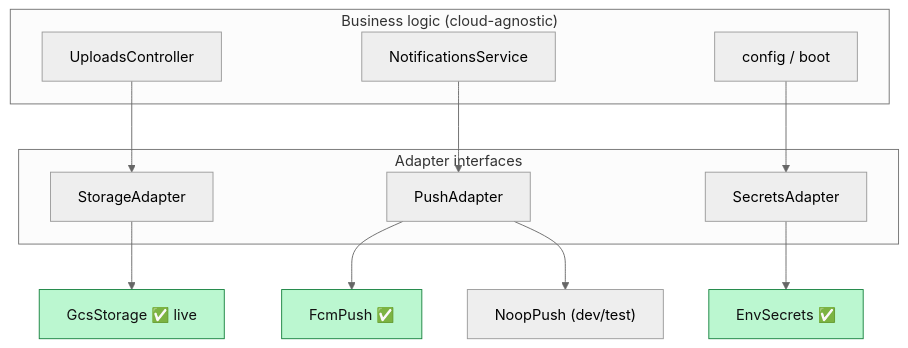
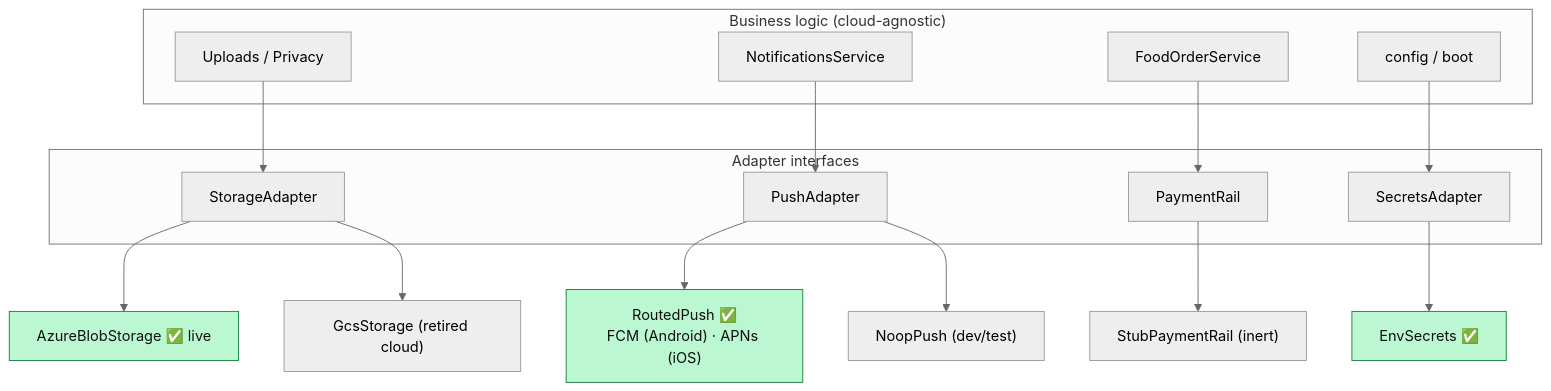
One commit to unnfazzed/Lynia changed diagram 14 of 17 in docs/ARCHITECTURE.md. Above: the diagram before and after it, drawn with Mermaid (neutral theme). The commit also changed other lines of this file and 64 other files, not shown here.

````diff
--- a/docs/ARCHITECTURE.md
+++ b/docs/ARCHITECTURE.md
@@ -952,26 +1097,31 @@
 ```mermaid
 graph TB
     subgraph domain["Business logic (cloud-agnostic)"]
-        up["UploadsController"]
+        up["Uploads / Privacy"]
         notif["NotificationsService"]
+        food["FoodOrderService"]
         cfg["config / boot"]
     end
 
     subgraph seams["Adapter interfaces"]
         si["StorageAdapter"]
         pi["PushAdapter"]
+        pay["PaymentRail"]
         sec["SecretsAdapter"]
     end
 
     up --> si
     notif --> pi
+    food --> pay
     cfg --> sec
 
-    si --> gcs["GcsStorage ✅ live"]
-    pi --> fcm["FcmPush ✅"]
+    si --> az["AzureBlobStorage ✅ live"]
+    si --> gcs["GcsStorage (retired cloud)"]
+    pi --> routed["RoutedPush ✅<br/>FCM (Android) · APNs (iOS)"]
     pi --> noop["NoopPush (dev/test)"]
+    pay --> stub["StubPaymentRail (inert)"]
     sec --> envsec["EnvSecrets ✅"]
 
     classDef live fill:#bbf7d0,stroke:#15803d,color:#111;
-    class gcs,fcm,envsec live;
+    class az,routed,envsec live;
 ```
````
